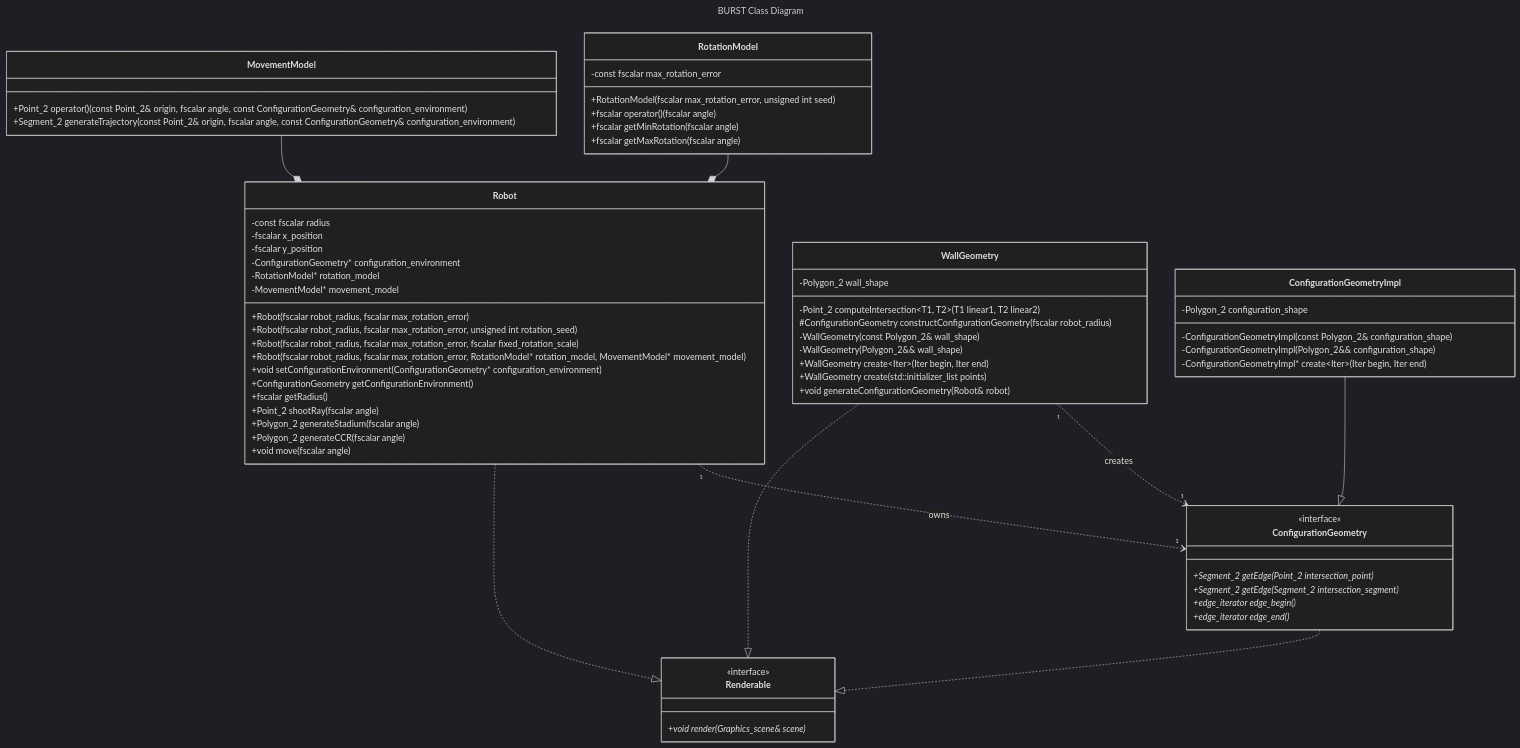
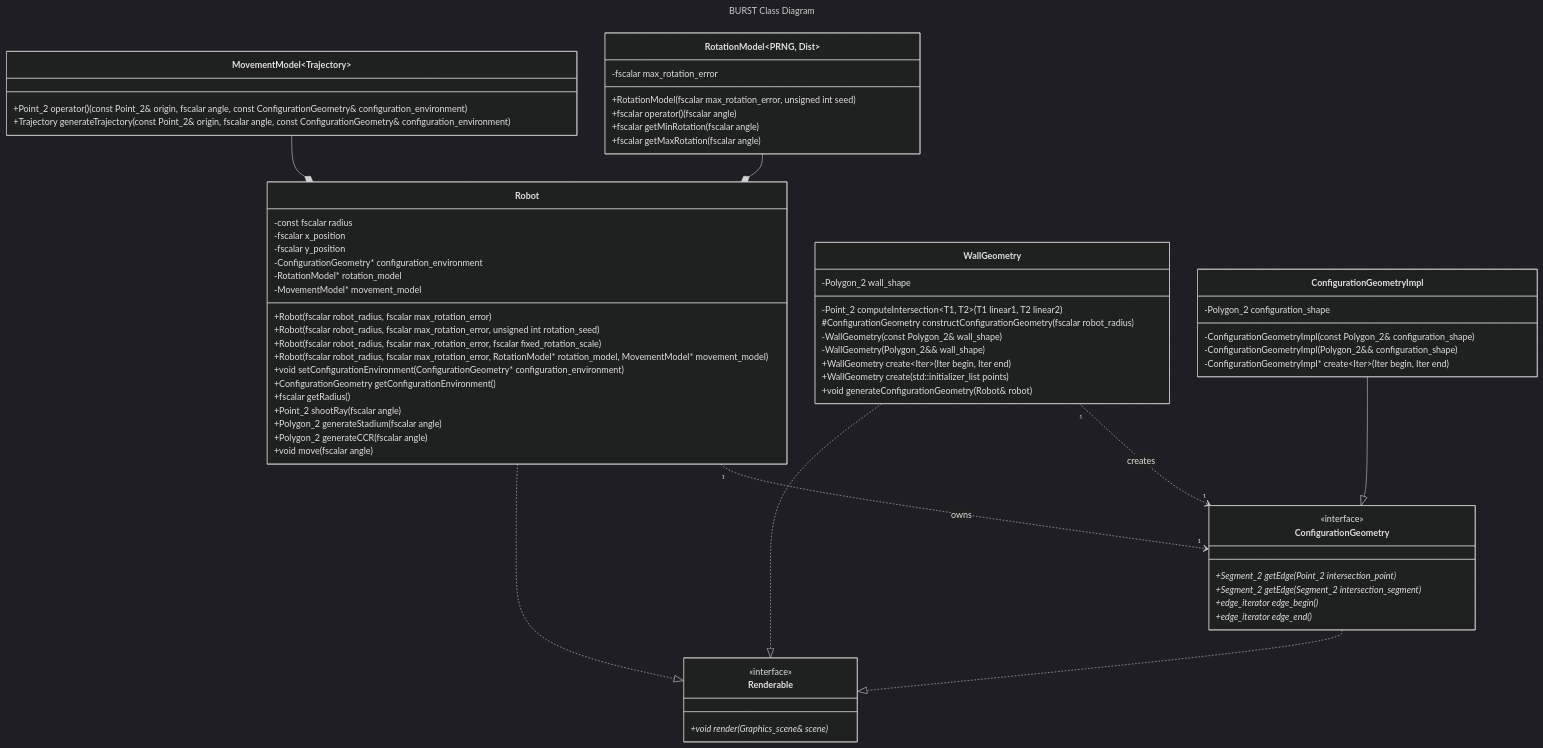
Before and after one commit to KedarPanchal/DAIR-BURST: the diagram in docs/DESIGN.md, drawn with Mermaid (dark theme).

Commit message:
update docs to better reflect templates

````diff
--- a/docs/DESIGN.md
+++ b/docs/DESIGN.md
@@ -16,82 +16,82 @@
 ```mermaid
 ---
 title: BURST Class Diagram
 ---
 classDiagram
     direction TD
-    class RotationModel {
-        -const fscalar max_rotation_error
+    class RotationModel~PRNG, Dist~ {
+        -fscalar max_rotation_error
         
         +RotationModel(fscalar max_rotation_error, unsigned int seed)
         +fscalar operator() (fscalar angle)
         +fscalar getMinRotation(fscalar angle)
         +fscalar getMaxRotation(fscalar angle)
     }
     
-    class MovementModel {
+    class MovementModel~Trajectory~ {
         +Point_2 operator() (const Point_2& origin, fscalar angle, const ConfigurationGeometry& configuration_environment)
-        +Segment_2 generateTrajectory(const Point_2& origin, fscalar angle, const ConfigurationGeometry& configuration_environment)
+        +Trajectory generateTrajectory(const Point_2& origin, fscalar angle, const ConfigurationGeometry& configuration_environment)
     }
 
     class Renderable {
         +void render(Graphics_scene& scene)*
     }
     <<interface>> Renderable
 
     class Robot {
         -const fscalar radius
         -fscalar x_position
         -fscalar y_position
         -ConfigurationGeometry* configuration_environment
         -RotationModel* rotation_model
         -MovementModel* movement_model
 
         +Robot(fscalar robot_radius, fscalar max_rotation_error)
         +Robot(fscalar robot_radius, fscalar max_rotation_error, unsigned int rotation_seed)
         +Robot(fscalar robot_radius, fscalar max_rotation_error, fscalar fixed_rotation_scale)
         +Robot(fscalar robot_radius, fscalar max_rotation_error, RotationModel* rotation_model, MovementModel* movement_model)
         +void setConfigurationEnvironment(ConfigurationGeometry* configuration_environment)
         +ConfigurationGeometry getConfigurationEnvironment()
         +fscalar getRadius()
         +Point_2 shootRay(fscalar angle)
         +Polygon_2 generateStadium(fscalar angle)
         +Polygon_2 generateCCR(fscalar angle)
         +void move(fscalar angle)
     }
     Robot ..|> Renderable
     MovementModel --* Robot
     RotationModel --* Robot
 
     class WallGeometry {
         -Polygon_2 wall_shape
 
         -Point_2 computeIntersection~T1, T2~(T1 linear1, T2 linear2)
         #ConfigurationGeometry constructConfigurationGeometry(fscalar robot_radius)
         -WallGeometry(const Polygon_2& wall_shape)
         -WallGeometry(Polygon_2&& wall_shape)
         +WallGeometry create~Iter~(Iter begin, Iter end)
         +WallGeometry create(std::initializer_list<Point_2> points)
         +void generateConfigurationGeometry(Robot& robot)
     }
     WallGeometry ..|> Renderable
 
     class ConfigurationGeometry {
         +Segment_2 getEdge(Point_2 intersection_point)*
         +Segment_2 getEdge(Segment_2 intersection_segment)*
         +edge_iterator edge_begin()*
         +edge_iterator edge_end()*
     }
     <<interface>> ConfigurationGeometry
     ConfigurationGeometry ..|> Renderable
     WallGeometry "1" ..> "1" ConfigurationGeometry : creates
     Robot "1" ..> "1" ConfigurationGeometry : owns
 
     class ConfigurationGeometryImpl {
         -Polygon_2 configuration_shape
 
         -ConfigurationGeometryImpl(const Polygon_2& configuration_shape)
         -ConfigurationGeometryImpl(Polygon_2&& configuration_shape)
         -ConfigurationGeometryImpl* create~Iter~(Iter begin, Iter end)
     }
     ConfigurationGeometryImpl --|> ConfigurationGeometry
 ```
````
